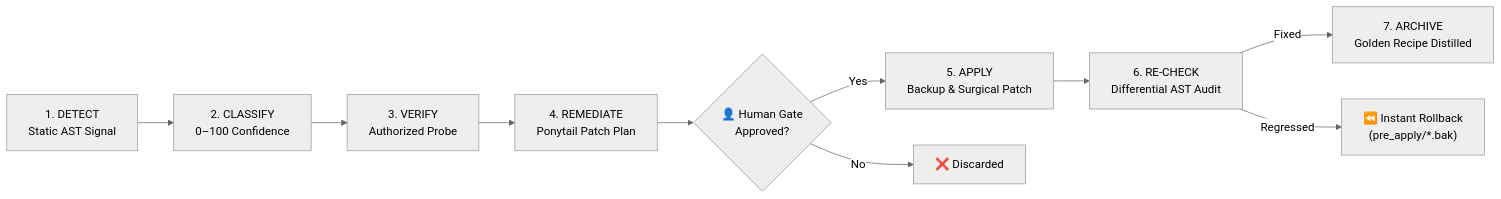
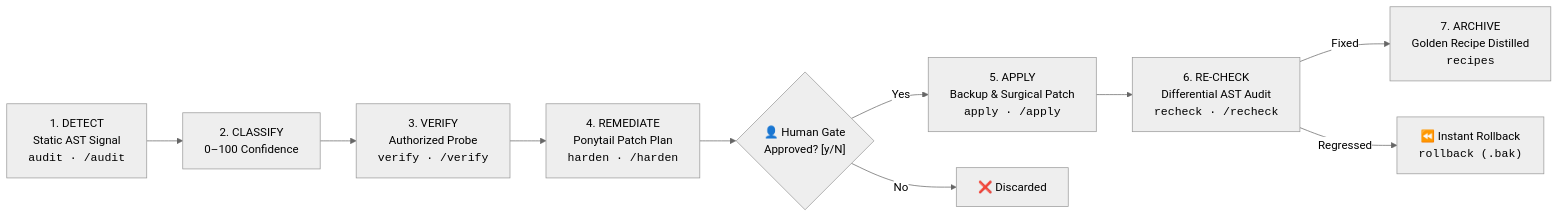
One commit to githubmofo/TorusGuard changed the second of 4 diagrams in README.md. Above: the diagram before and after it, drawn with Mermaid (neutral theme). The commit also changed other lines of this file and 238 other files, not shown here.

````diff
--- a/README.md
+++ b/README.md
@@ -106,12 +106,12 @@
 ```mermaid
 flowchart LR
-    Detect["1. DETECT<br/>Static AST Signal"] --> Classify["2. CLASSIFY<br/>0–100 Confidence"]
-    Classify --> Verify["3. VERIFY<br/>Authorized Probe"]
-    Verify --> Remediate["4. REMEDIATE<br/>Ponytail Patch Plan"]
-    Remediate --> Gate{"👤 Human Gate<br/>Approved?"}
-    Gate -- Yes --> Apply["5. APPLY<br/>Backup &amp; Surgical Patch"]
+    Detect["1. DETECT<br/>Static AST Signal<br/><code>audit · /audit</code>"] --> Classify["2. CLASSIFY<br/>0–100 Confidence"]
+    Classify --> Verify["3. VERIFY<br/>Authorized Probe<br/><code>verify · /verify</code>"]
+    Verify --> Remediate["4. REMEDIATE<br/>Ponytail Patch Plan<br/><code>harden · /harden</code>"]
+    Remediate --> Gate{"👤 Human Gate<br/>Approved? [y/N]"}
+    Gate -- Yes --> Apply["5. APPLY<br/>Backup &amp; Surgical Patch<br/><code>apply · /apply</code>"]
     Gate -- No --> Reject["❌ Discarded"]
-    Apply --> Recheck["6. RE-CHECK<br/>Differential AST Audit"]
-    Recheck -- Fixed --> Archive["7. ARCHIVE<br/>Golden Recipe Distilled"]
-    Recheck -- Regressed --> Rollback["⏪ Instant Rollback<br/>(pre_apply/*.bak)"]
+    Apply --> Recheck["6. RE-CHECK<br/>Differential AST Audit<br/><code>recheck · /recheck</code>"]
+    Recheck -- Fixed --> Archive["7. ARCHIVE<br/>Golden Recipe Distilled<br/><code>recipes</code>"]
+    Recheck -- Regressed --> Rollback["⏪ Instant Rollback<br/><code>rollback (.bak)</code>"]
 ```
````
